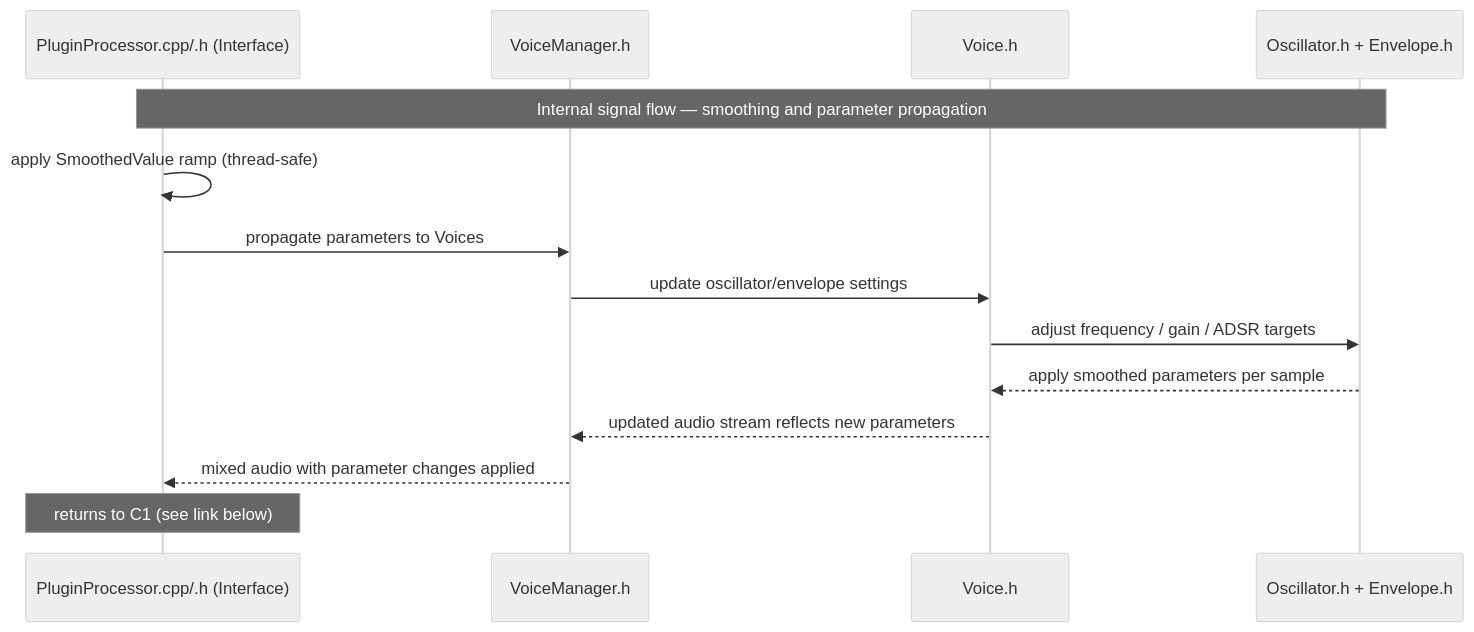
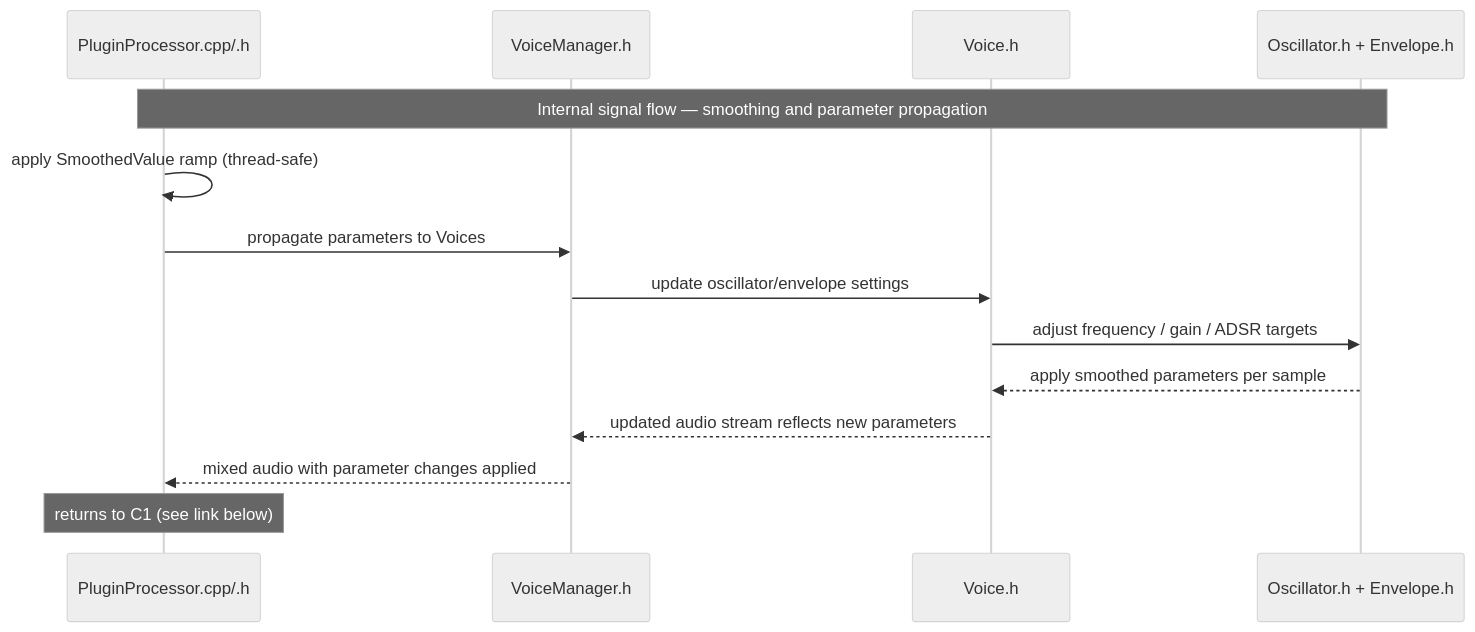
One commit to TYLERSFOSTER/MIDIControl001 changed the sixth of 6 diagrams in docs/architecture.md. Above: the diagram before and after it, drawn with Mermaid (neutral theme). The commit also changed other lines of this file, not shown here.

Commit message:
architecture.md updated

````diff
--- a/docs/architecture.md
+++ b/docs/architecture.md
@@ -177,17 +179,17 @@
 ```mermaid
 sequenceDiagram
-participant PluginProcessor as PluginProcessor.cpp/.h (Interface)
+participant PluginProcessor as PluginProcessor.cpp/.h
 participant VoiceManager as VoiceManager.h
 participant Voice as Voice.h
 participant DSP as Oscillator.h + Envelope.h
 
 Note over PluginProcessor,DSP: Internal signal flow — smoothing and parameter propagation
 PluginProcessor->>PluginProcessor: apply SmoothedValue ramp (thread-safe)
 PluginProcessor->>VoiceManager: propagate parameters to Voices
 VoiceManager->>Voice: update oscillator/envelope settings
 Voice->>DSP: adjust frequency / gain / ADSR targets
 DSP-->>Voice: apply smoothed parameters per sample
 Voice-->>VoiceManager: updated audio stream reflects new parameters
 VoiceManager-->>PluginProcessor: mixed audio with parameter changes applied
 Note over PluginProcessor: returns to C1 (see link below)
 ```
````
